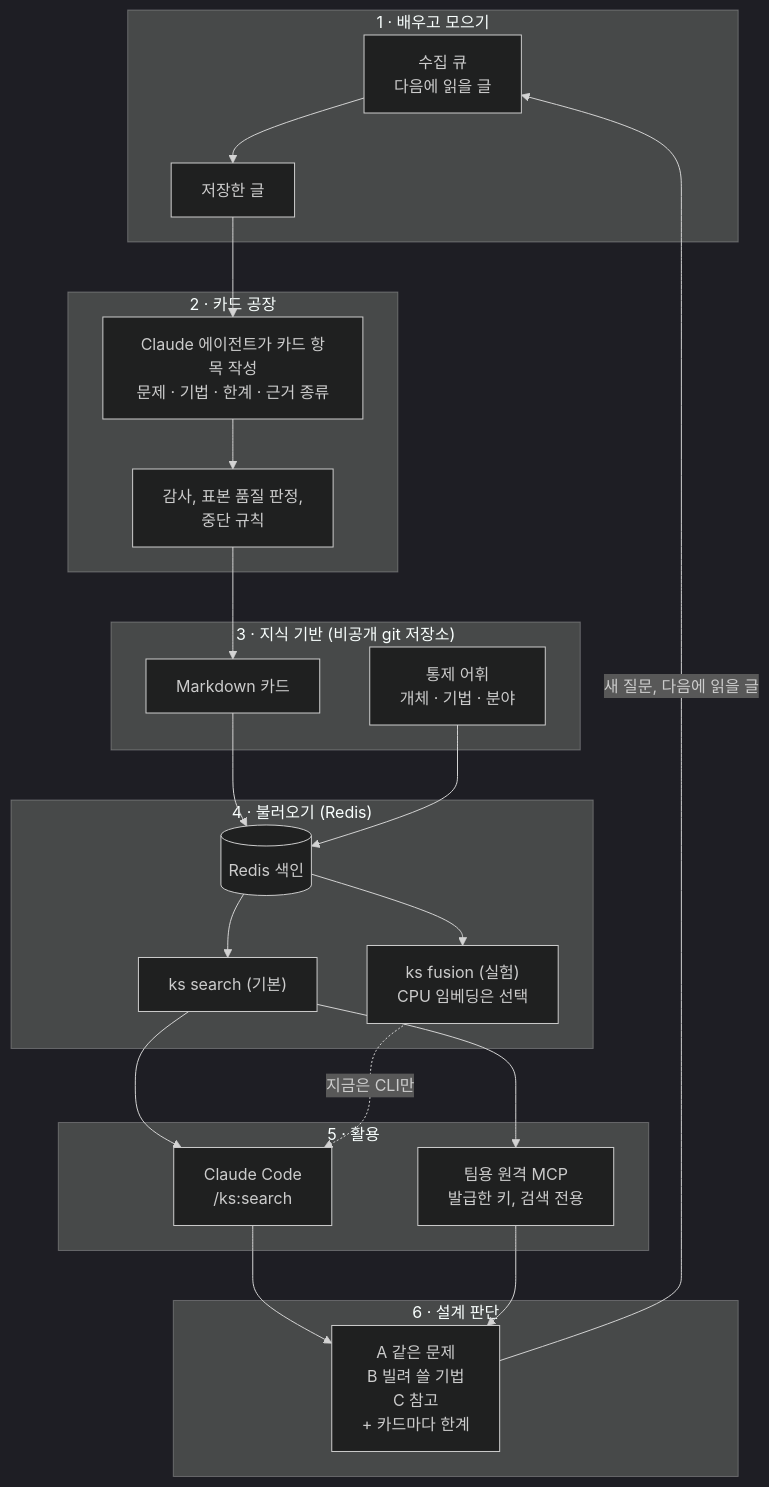
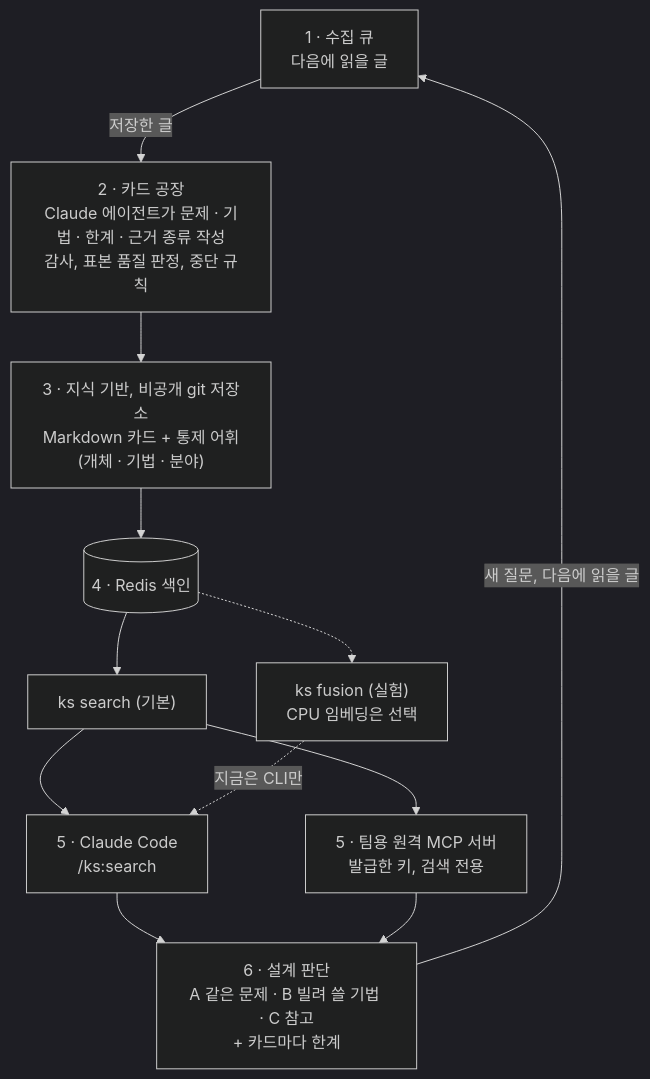
One commit to ai-dev-methodologies/knowledge-scout changed the second of 2 diagrams in README.ko.md. Above: the diagram before and after it, drawn with Mermaid (dark theme). The commit also changed other lines of this file and 1 other file, not shown here.

First line of the commit message:
docs: README rewritten end to end and checked against the code (docs test passes again)

````diff
--- a/README.ko.md
+++ b/README.ko.md
@@ -63,31 +57,12 @@
 ```mermaid
 flowchart TB
-    subgraph S1["1 · 배우고 모으기"]
-        Q["수집 큐<br/>다음에 읽을 글"] --> SA["저장한 글"]
-    end
-    subgraph S2["2 · 카드 공장"]
-        CW["Claude 에이전트가 카드 항목 작성<br/>문제 · 기법 · 한계 · 근거 종류"] --> QC["감사, 표본 품질 판정,<br/>중단 규칙"]
-    end
-    subgraph S3["3 · 지식 기반 (비공개 git 저장소)"]
-        CM["Markdown 카드"]
-        VO["통제 어휘<br/>개체 · 기법 · 분야"]
-    end
-    subgraph S4["4 · 불러오기 (Redis)"]
-        IX[("Redis 색인")] --> KS["ks search (기본)"]
-        IX --> KF["ks fusion (실험)<br/>CPU 임베딩은 선택"]
-    end
-    subgraph S5["5 · 활용"]
-        CC["Claude Code<br/>/ks:search"]
-        MC["팀용 원격 MCP<br/>발급한 키, 검색 전용"]
-    end
-    subgraph S6["6 · 설계 판단"]
-        DD["A 같은 문제<br/>B 빌려 쓸 기법<br/>C 참고<br/>+ 카드마다 한계"]
-    end
-    SA --> CW
-    QC --> CM
-    CM & VO --> IX
-    KS --> CC & MC
+    Q["1 · 수집 큐<br/>다음에 읽을 글"] -->|"저장한 글"| CF["2 · 카드 공장<br/>Claude 에이전트가 문제 · 기법 · 한계 · 근거 종류 작성<br/>감사, 표본 품질 판정, 중단 규칙"]
+    CF --> KB["3 · 지식 기반, 비공개 git 저장소<br/>Markdown 카드 + 통제 어휘(개체 · 기법 · 분야)"]
+    KB --> IX[("4 · Redis 색인")]
+    IX --> KS["ks search (기본)"]
+    IX -.-> KF["ks fusion (실험)<br/>CPU 임베딩은 선택"]
+    KS --> CC["5 · Claude Code<br/>/ks:search"] & MC["5 · 팀용 원격 MCP 서버<br/>발급한 키, 검색 전용"]
     KF -.->|"지금은 CLI만"| CC
-    CC & MC --> DD
+    CC & MC --> DD["6 · 설계 판단<br/>A 같은 문제 · B 빌려 쓸 기법 · C 참고<br/>+ 카드마다 한계"]
     DD -->|"새 질문, 다음에 읽을 글"| Q
 ```
````
